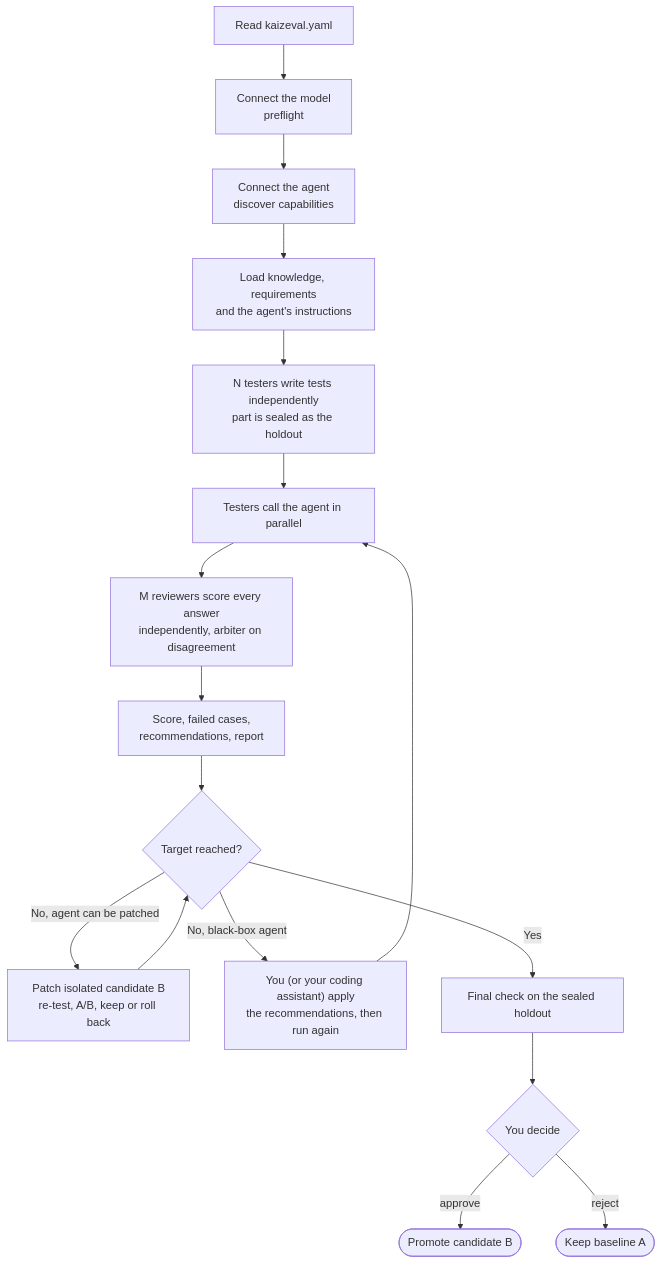
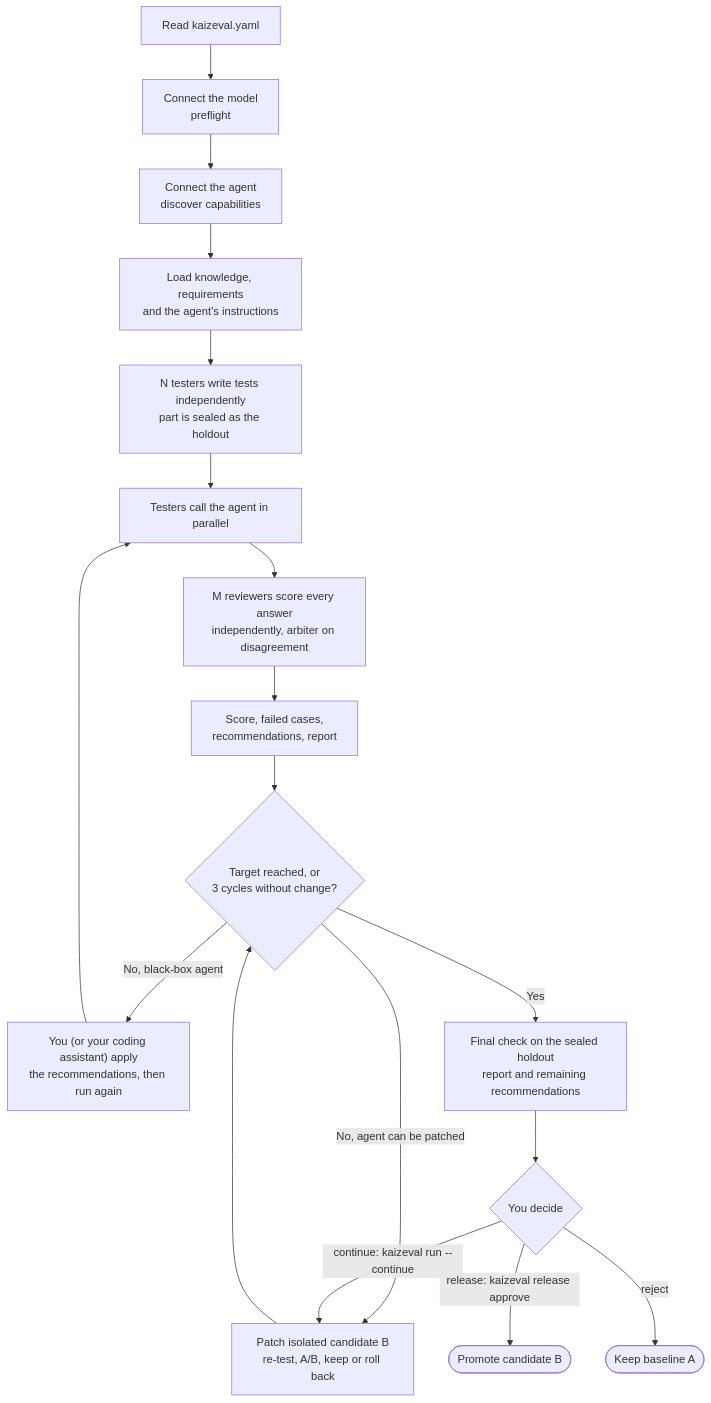
One commit to abdullahahmed94/kaizeval changed the diagram in docs/PROJECT_MODE.md. Above: the diagram before and after it, drawn with Mermaid. The commit also changed other lines of this file and 6 other files, not shown here.

First line of the commit message:
Docs: bring diagrams, install steps and feature list up to date

````diff
--- a/docs/PROJECT_MODE.md
+++ b/docs/PROJECT_MODE.md
@@ -20,19 +20,20 @@
 ```mermaid
 flowchart TD
     A["Read kaizeval.yaml"] --> B["Connect the model<br/>preflight"]
     B --> C["Connect the agent<br/>discover capabilities"]
     C --> D["Load knowledge, requirements<br/>and the agent's instructions"]
     D --> E["N testers write tests independently<br/>part is sealed as the holdout"]
     E --> F["Testers call the agent in parallel"]
     F --> G["M reviewers score every answer<br/>independently, arbiter on disagreement"]
     G --> H["Score, failed cases,<br/>recommendations, report"]
-    H --> I{"Target reached?"}
+    H --> I{"Target reached, or<br/>3 cycles without change?"}
     I -->|"No, agent can be patched"| J["Patch isolated candidate B<br/>re-test, A/B, keep or roll back"]
     J --> I
     I -->|"No, black-box agent"| K["You (or your coding assistant) apply<br/>the recommendations, then run again"]
     K --> F
-    I -->|Yes| L["Final check on the sealed holdout"]
+    I -->|Yes| L["Final check on the sealed holdout<br/>report and remaining recommendations"]
     L --> M{"You decide"}
-    M -->|approve| N(["Promote candidate B"])
-    M -->|reject| O(["Keep baseline A"])
+    M -->|"continue: kaizeval run --continue"| J
+    M -->|"release: kaizeval release approve"| N(["Promote candidate B"])
+    M -->|"reject"| O(["Keep baseline A"])
 ```
````
